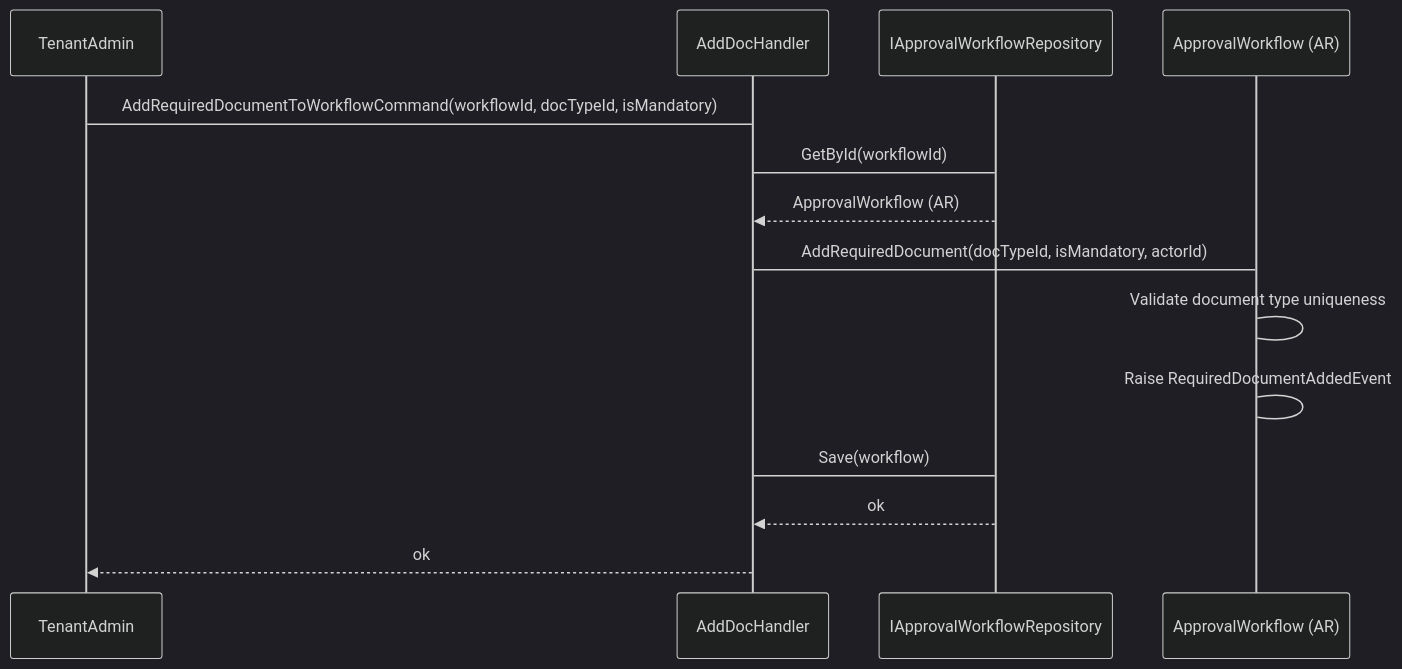
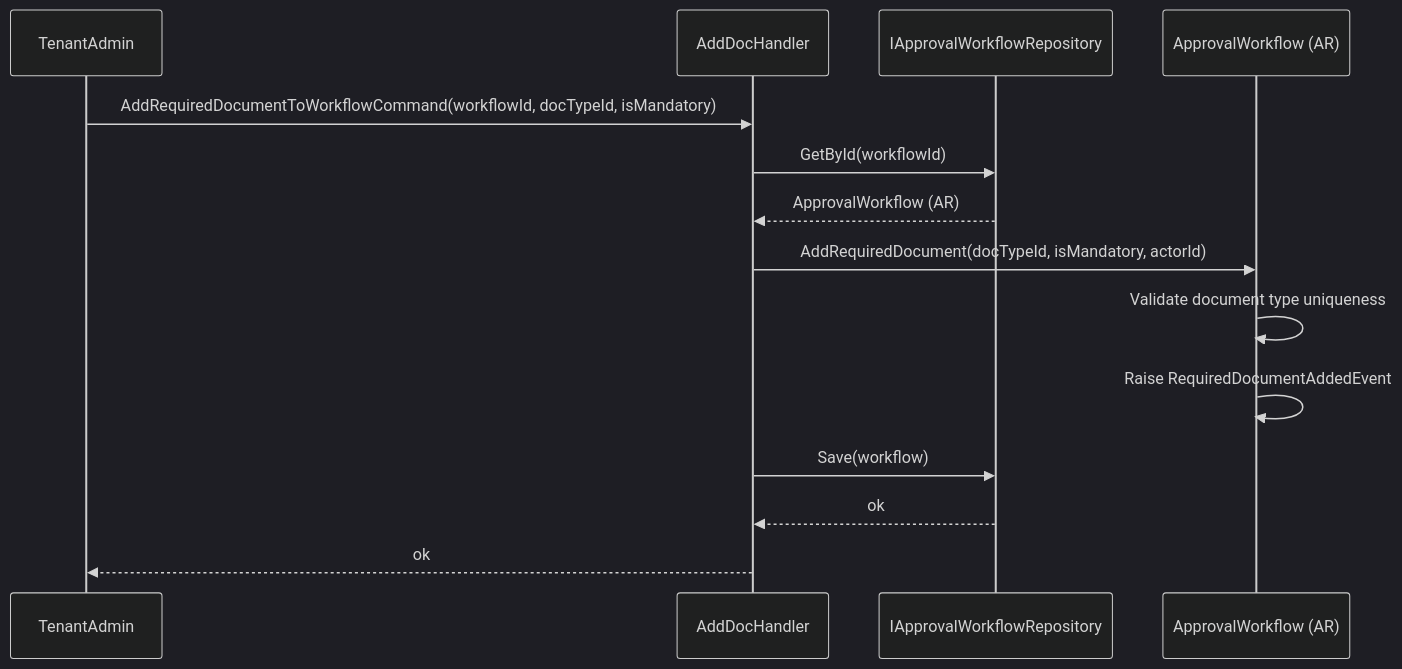
One commit to beyondnetcode/ums changed the second of 3 diagrams in docs/domain/approvals/approval-workflow.md. Above: the diagram before and after it, drawn with Mermaid (dark theme). The commit also changed other lines of this file and 19 other files, not shown here.

````diff
--- a/docs/domain/approvals/approval-workflow.md
+++ b/docs/domain/approvals/approval-workflow.md
@@ -119,17 +133,17 @@
 ```mermaid
 sequenceDiagram
     participant C as TenantAdmin
     participant H as AddDocHandler
     participant R as IApprovalWorkflowRepository
     participant W as ApprovalWorkflow (AR)
 
-    C->H: AddRequiredDocumentToWorkflowCommand(workflowId, docTypeId, isMandatory)
-    H->R: GetById(workflowId)
+    C->>H: AddRequiredDocumentToWorkflowCommand(workflowId, docTypeId, isMandatory)
+    H->>R: GetById(workflowId)
     R-->>H: ApprovalWorkflow (AR)
-    H->W: AddRequiredDocument(docTypeId, isMandatory, actorId)
-    W->W: Validate document type uniqueness
-    W->W: Raise RequiredDocumentAddedEvent
-    H->R: Save(workflow)
+    H->>W: AddRequiredDocument(docTypeId, isMandatory, actorId)
+    W->>W: Validate document type uniqueness
+    W->>W: Raise RequiredDocumentAddedEvent
+    H->>R: Save(workflow)
     R-->>H: ok
     H-->>C: ok
 ```
````
